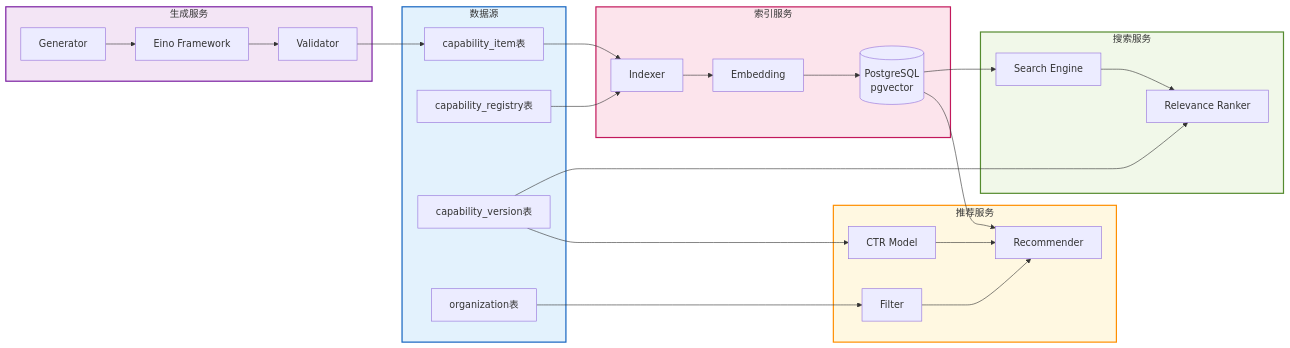
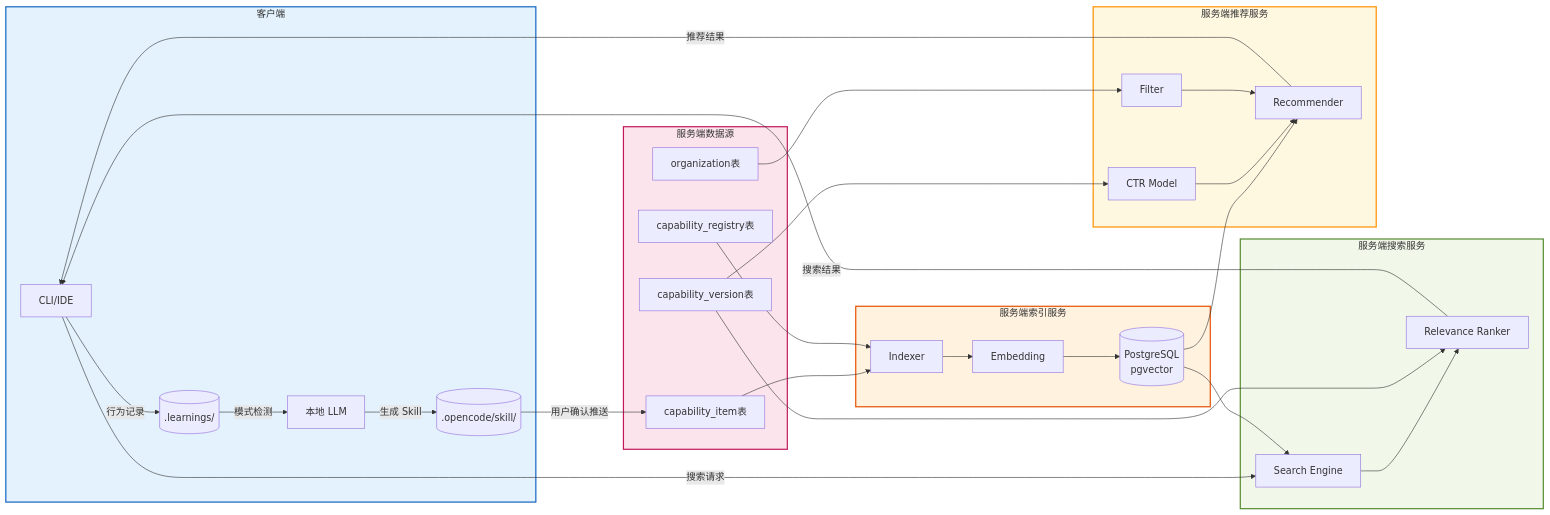
One commit to XDfield/costrict-web changed the third of 5 diagrams in docs/SKILL_GEN_AND_RECOMMENDATION.md. Above: the diagram before and after it, drawn with Mermaid. The commit also changed other lines of this file and 6 other files, not shown here.

First line of the commit message:
refactor(generate): remove server-side skill generation, add slug duplicate check

````diff
--- a/docs/SKILL_GEN_AND_RECOMMENDATION.md
+++ b/docs/SKILL_GEN_AND_RECOMMENDATION.md
@@ -336,64 +333,73 @@
 ```mermaid
 flowchart LR
-    subgraph SOURCE[数据源]
+    subgraph CLIENT[客户端]
+        CLI[CLI/IDE]
+        LEARN[(.learnings/)]
+        LLM[本地 LLM]
+        SKILL[(.opencode/skill/)]
+    end
+
+    subgraph SOURCE[服务端数据源]
         S1[capability_item表]
         S2[capability_registry表]
         S3[capability_version表]
         S4[organization表]
     end
 
-    subgraph INDEX[索引服务]
+    subgraph INDEX[服务端索引服务]
         IDX[Indexer]
         EMB[Embedding]
         PGVEC[(PostgreSQL<br/>pgvector)]
     end
 
-    subgraph SEARCH[搜索服务]
+    subgraph SEARCH[服务端搜索服务]
         SEA[Search Engine]
         REL[Relevance Ranker]
     end
 
-    subgraph RECOMMEND[推荐服务]
+    subgraph RECOMMEND[服务端推荐服务]
         RC[Recommender]
         CTR[CTR Model]
         FILTER[Filter]
     end
 
-    subgraph GENERATE[生成服务]
-        GEN[Generator]
-        EINO[Eino Framework]
-        VAL[Validator]
-    end
+    %% 客户端生成流程
+    CLI -->|行为记录| LEARN
+    LEARN -->|模式检测| LLM
+    LLM -->|生成 Skill| SKILL
+    SKILL -->|用户确认推送| S1
 
+    %% 服务端索引流程
     S1 --> IDX
     S2 --> IDX
     IDX --> EMB
     EMB --> PGVEC
 
+    %% 搜索流程
+    CLI -->|搜索请求| SEA
     PGVEC --> SEA
     SEA --> REL
     S3 --> REL
+    REL -->|搜索结果| CLI
 
+    %% 推荐流程
     PGVEC --> RC
     S3 --> CTR
     S4 --> FILTER
     CTR --> RC
     FILTER --> RC
-
-    GEN --> EINO
-    EINO --> VAL
-    VAL --> S1
+    RC -->|推荐结果| CLI
 
     %% 样式定义
-    classDef sourceStyle fill:#e3f2fd,stroke:#1565c0,stroke-width:2px
-    classDef indexStyle fill:#fce4ec,stroke:#c2185b,stroke-width:2px
+    classDef clientStyle fill:#e3f2fd,stroke:#1565c0,stroke-width:2px
+    classDef sourceStyle fill:#fce4ec,stroke:#c2185b,stroke-width:2px
+    classDef indexStyle fill:#fff3e0,stroke:#e65100,stroke-width:2px
     classDef searchStyle fill:#f1f8e9,stroke:#558b2f,stroke-width:2px
     classDef recStyle fill:#fff8e1,stroke:#ff8f00,stroke-width:2px
-    classDef genStyle fill:#f3e5f5,stroke:#7b1fa2,stroke-width:2px
 
+    class CLIENT clientStyle
     class SOURCE sourceStyle
     class INDEX indexStyle
     class SEARCH searchStyle
     class RECOMMEND recStyle
-    class GENERATE genStyle
 ```
````
